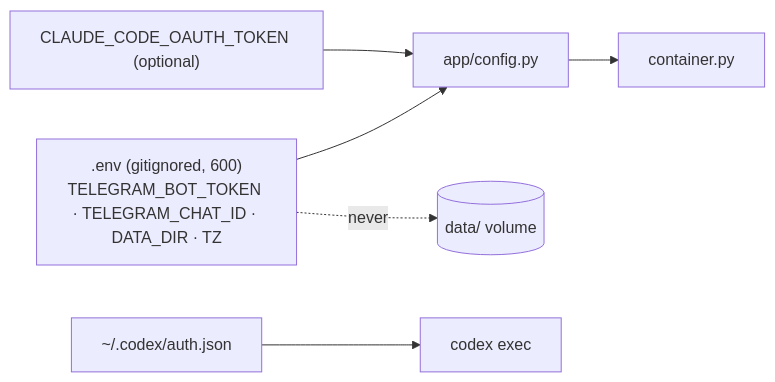
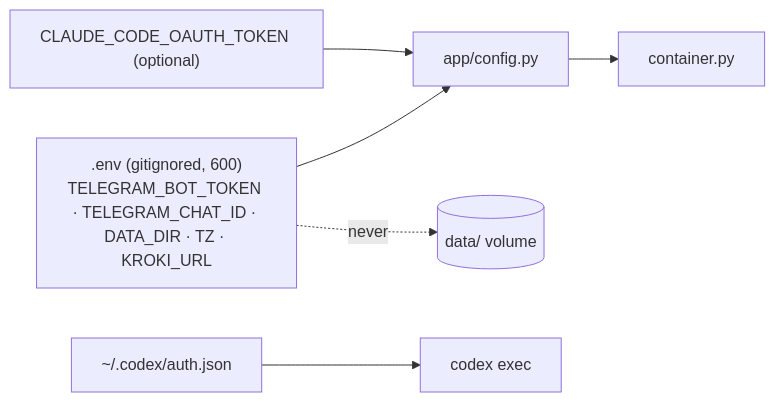
Diagram 13 of 16 in docs/ARCHITECTURE.md (vovka/mentor-bot), drawn with Mermaid before and after one commit. The commit also changed other lines of this file, not shown here.

First line of the commit message:
docs: renderer port and send_image in the diagrams

````diff
--- a/docs/ARCHITECTURE.md
+++ b/docs/ARCHITECTURE.md
@@ -243,8 +248,8 @@
 ```mermaid
 flowchart LR
-  ENV[".env (gitignored, 600)<br/>TELEGRAM_BOT_TOKEN · TELEGRAM_CHAT_ID · DATA_DIR · TZ"] --> CFG[app/config.py]
+  ENV[".env (gitignored, 600)<br/>TELEGRAM_BOT_TOKEN · TELEGRAM_CHAT_ID · DATA_DIR · TZ · KROKI_URL"] --> CFG[app/config.py]
   OAUTH["CLAUDE_CODE_OAUTH_TOKEN (optional)"] --> CFG
   CODEX["~/.codex/auth.json"] --> CX[codex exec]
   CFG --> CT[container.py]
   ENV -. never .-> DATA[(data/ volume)]
 ```
````
